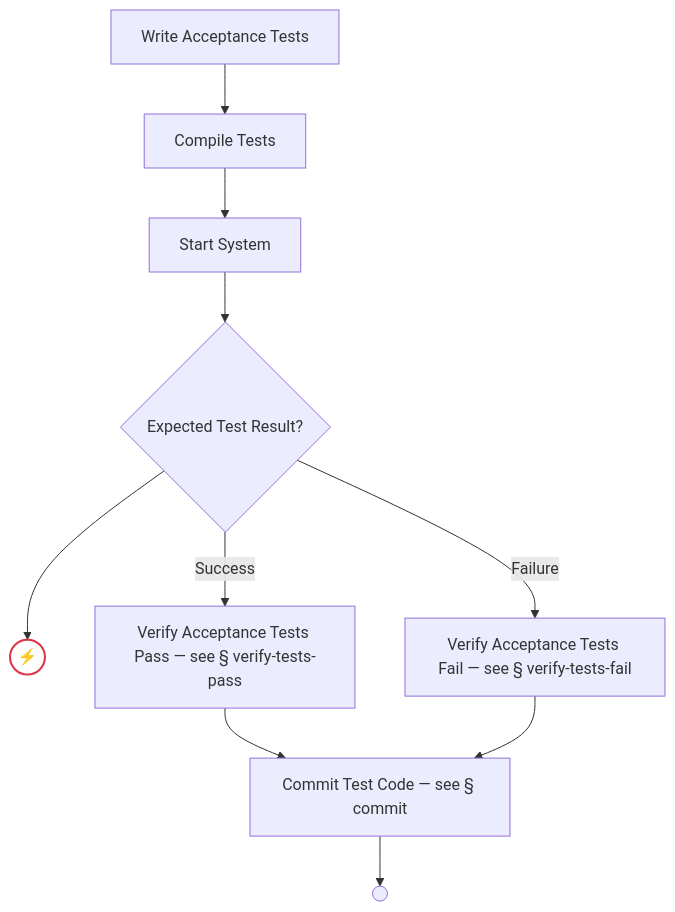
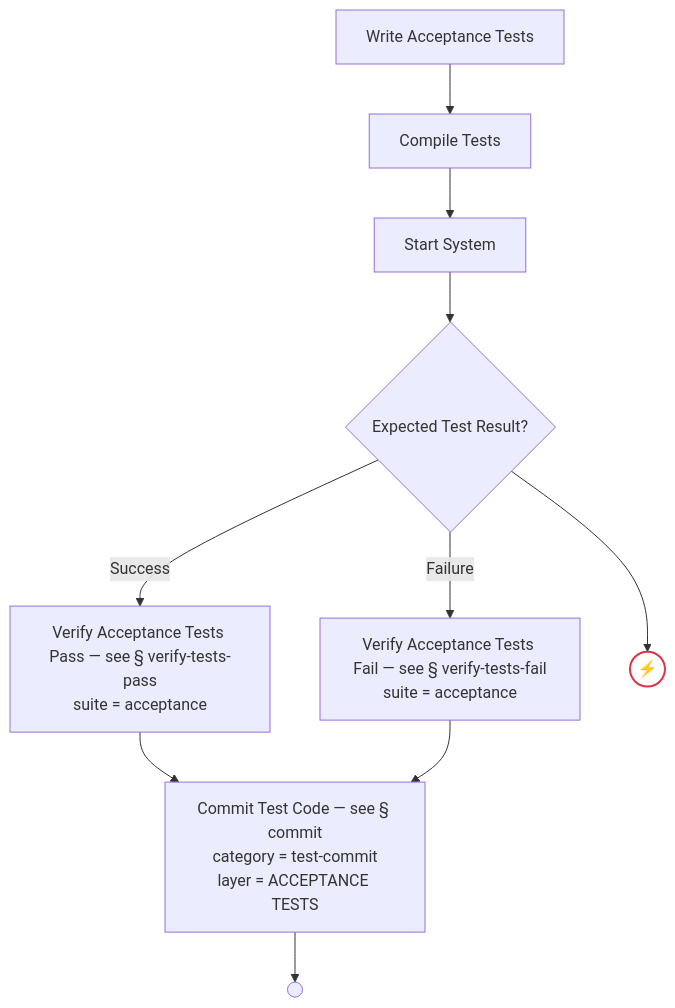
Diagram 16 of 51 in docs/process-diagram.md (optivem/gh-optivem), drawn with Mermaid before and after one commit. The commit also changed other lines of this file and 3 other files, not shown here.

````diff
--- a/docs/process-diagram.md
+++ b/docs/process-diagram.md
@@ -312,25 +312,25 @@
 ```mermaid
 flowchart TD
-    COMMIT_TEST_CODE[Commit Test Code — see § commit]
+    WRITE_ACCEPTANCE_TESTS[Write Acceptance Tests]
     COMPILE_TESTS[Compile Tests]
+    START_SYSTEM[Start System]
     GATE_EXPECTED_TEST_RESULT{Expected Test Result?}
-    START_SYSTEM[Start System]
+    VERIFY_TESTS_PASS_ACCEPTANCE["Verify Acceptance Tests Pass — see § verify-tests-pass<br/>suite = acceptance"]
+    VERIFY_TESTS_FAIL_ACCEPTANCE["Verify Acceptance Tests Fail — see § verify-tests-fail<br/>suite = acceptance"]
     UNKNOWN_EXPECTED_TEST_RESULT((⚡))
-    VERIFY_TESTS_FAIL_ACCEPTANCE[Verify Acceptance Tests Fail — see § verify-tests-fail]
-    VERIFY_TESTS_PASS_ACCEPTANCE[Verify Acceptance Tests Pass — see § verify-tests-pass]
+    COMMIT_TEST_CODE["Commit Test Code — see § commit<br/>category = test-commit<br/>layer = ACCEPTANCE TESTS"]
     WAV_AT_CODE_END(( ))
-    WRITE_ACCEPTANCE_TESTS[Write Acceptance Tests]
 
     WRITE_ACCEPTANCE_TESTS --> COMPILE_TESTS
     COMPILE_TESTS --> START_SYSTEM
     START_SYSTEM --> GATE_EXPECTED_TEST_RESULT
     GATE_EXPECTED_TEST_RESULT -- Success --> VERIFY_TESTS_PASS_ACCEPTANCE
     GATE_EXPECTED_TEST_RESULT -- Failure --> VERIFY_TESTS_FAIL_ACCEPTANCE
     GATE_EXPECTED_TEST_RESULT --> UNKNOWN_EXPECTED_TEST_RESULT
     VERIFY_TESTS_PASS_ACCEPTANCE --> COMMIT_TEST_CODE
     VERIFY_TESTS_FAIL_ACCEPTANCE --> COMMIT_TEST_CODE
     COMMIT_TEST_CODE --> WAV_AT_CODE_END
 
     classDef errorEndNode fill:#ffffff,stroke:#dc3545,stroke-width:2px,color:#000000
     class UNKNOWN_EXPECTED_TEST_RESULT errorEndNode
 ```
````
